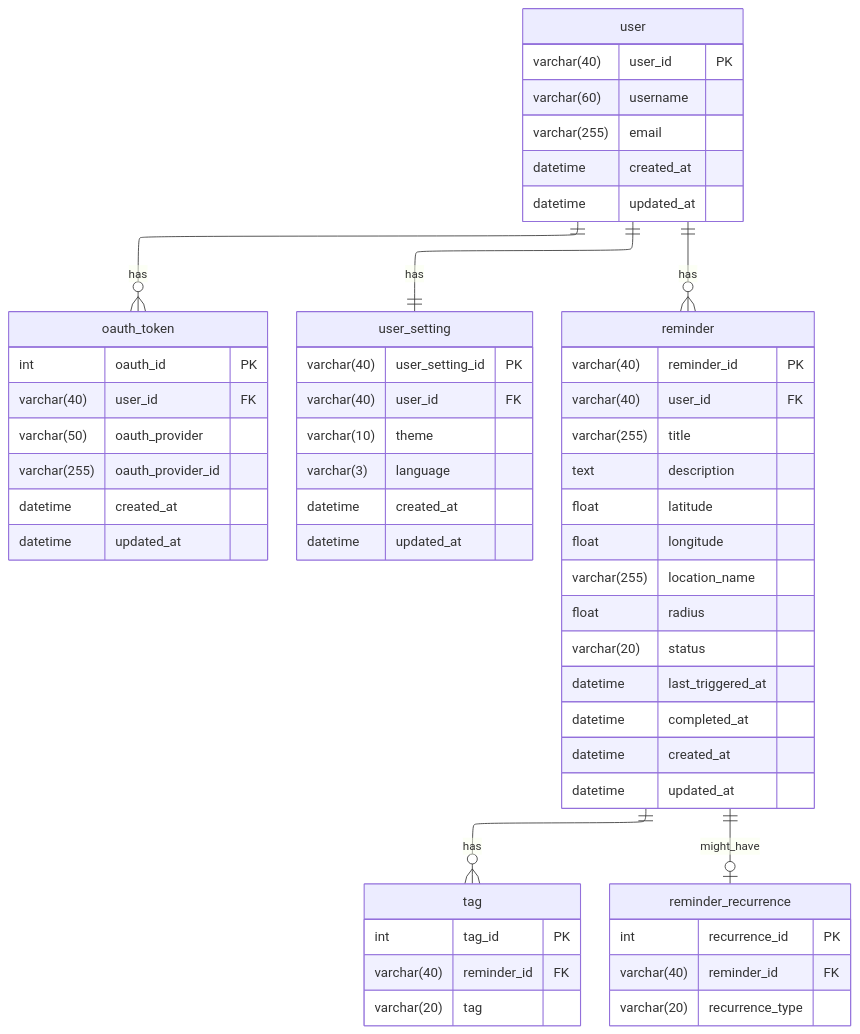
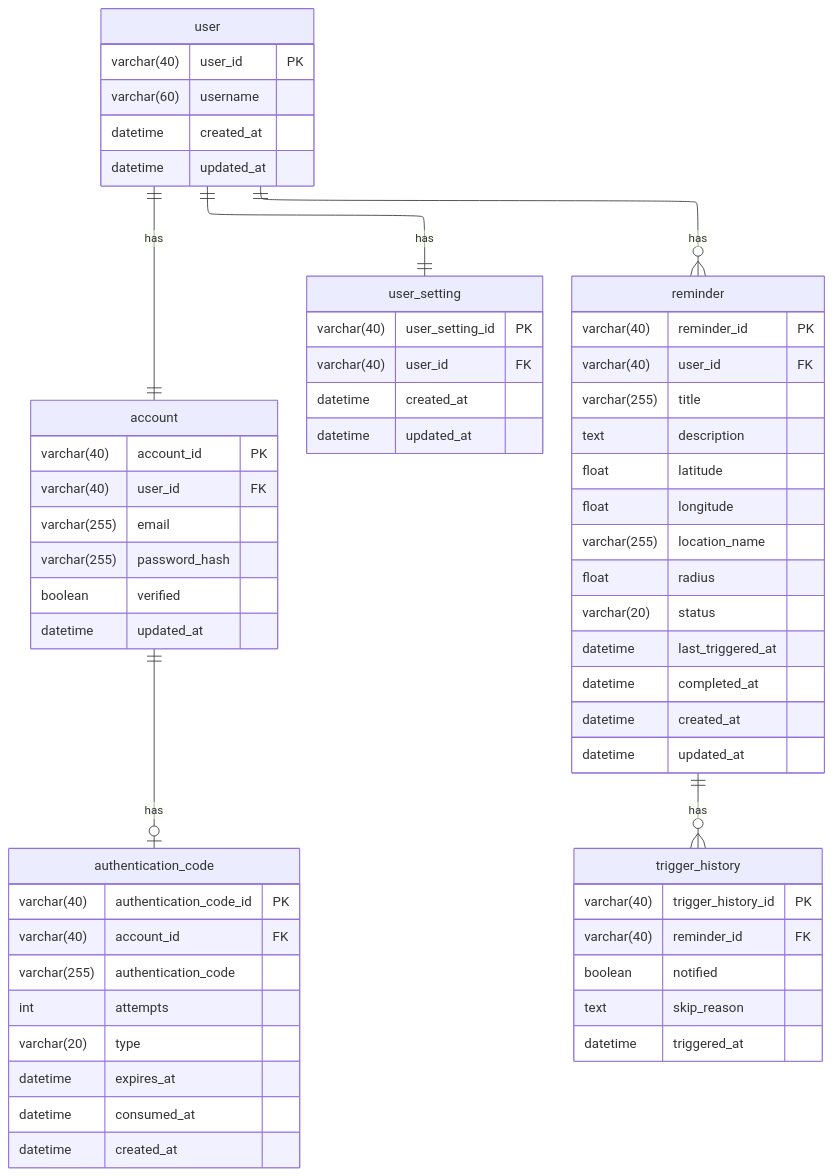
One commit to MapMinder/mapminder_documents changed the diagram in er_diagram.md. Above: the diagram before and after it, drawn with Mermaid.

Commit message:
refactor: refactored er-diagram

````diff
--- a/er_diagram.md
+++ b/er_diagram.md
@@ -3,67 +3,71 @@
 ```mermaid
 ---
 config:
     layout: elk
 ---
 erDiagram
 
 user {
     varchar(40) user_id PK
     varchar(60) username
-    varchar(255) email
     datetime created_at
     datetime updated_at
 }
 
-oauth_token {
-    int oauth_id PK
+account {
+    varchar(40) account_id PK
     varchar(40) user_id FK
-    varchar(50) oauth_provider
-    varchar(255) oauth_provider_id
+    varchar(255) email
+    varchar(255) password_hash
+    boolean verified
+    datetime updated_at
+}
+
+authentication_code {
+    varchar(40) authentication_code_id PK
+    varchar(40) account_id FK
+    varchar(255) authentication_code
+    int attempts
+    varchar(20) type
+    datetime expires_at
+    datetime consumed_at
     datetime created_at
-    datetime updated_at
 }
 
 user_setting {
     varchar(40) user_setting_id PK
     varchar(40) user_id FK
-    varchar(10) theme
-    varchar(3) language
     datetime created_at
     datetime updated_at
 }
 
 reminder {
     varchar(40) reminder_id PK
     varchar(40) user_id FK
     varchar(255) title
     text description
     float latitude
     float longitude
     varchar(255) location_name
     float radius
     varchar(20) status
     datetime last_triggered_at
     datetime completed_at
     datetime created_at
     datetime updated_at
 }
 
-tag {
-    int tag_id PK
+trigger_history {
+    varchar(40) trigger_history_id PK
     varchar(40) reminder_id FK
-    varchar(20) tag
-}
-
-reminder_recurrence {
-    int recurrence_id PK
-    varchar(40) reminder_id FK
-    varchar(20) recurrence_type
+    boolean notified
+    text skip_reason
+    datetime triggered_at
 }
 
 user ||--o{ reminder : has
-user ||--o{ oauth_token : has
+user ||--|| account : has
 user ||--|| user_setting : has
-reminder ||--o{ tag : has
-reminder ||--o| reminder_recurrence : might_have
+account ||--o| authentication_code : has
+reminder ||--o{ trigger_history : has
 ```
````
